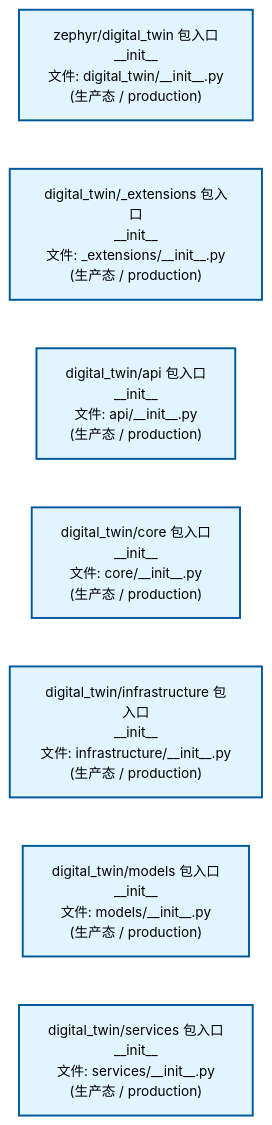
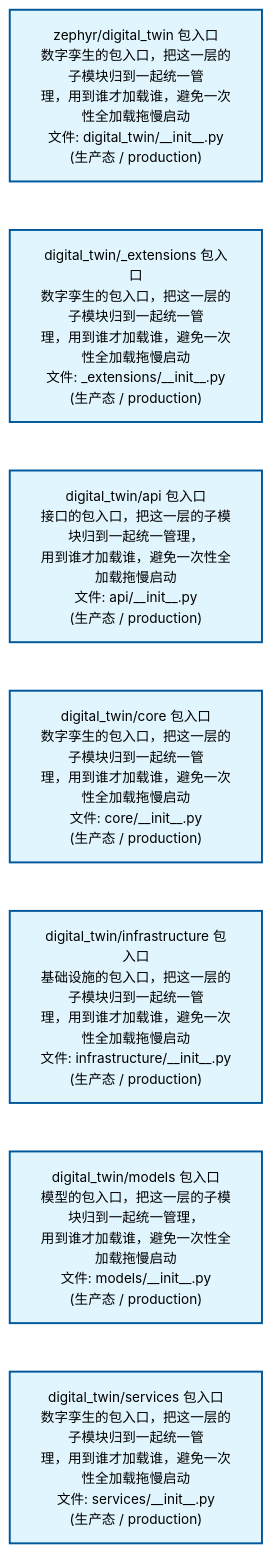
One commit to xuanFelixVan/ZephyrAlpha changed the second of 2 diagrams in docs/02_enterprise_architecture/02_domain_architecture_docs/42_d_digital_twin.md. Above: the diagram before and after it, drawn with Mermaid. The commit also changed other lines of this file and 63 other files, not shown here.

````diff
--- a/docs/02_enterprise_architecture/02_domain_architecture_docs/42_d_digital_twin.md
+++ b/docs/02_enterprise_architecture/02_domain_architecture_docs/42_d_digital_twin.md
@@ -80,22 +80,22 @@
 ```mermaid
 %%{init: {'theme': 'base', 'themeVariables': {'primaryColor': '#eaeaea', 'primaryTextColor': '#333333', 'primaryBorderColor': '#666666', 'lineColor': '#666666', 'secondaryColor': '#eaeaea', 'tertiaryColor': '#eaeaea', 'fontSize': '14px'}}}%%
 flowchart TD
-    src_zephyr_digital_twin_init_py["zephyr/digital_twin 包入口<br/>__init__<br/>文件: digital_twin/__init__.py<br/>(生产态 / production)"]
-    src_zephyr_digital_twin_extensions_init_py["digital_twin/_extensions 包入口<br/>__init__<br/>文件: _extensions/__init__.py<br/>(生产态 / production)"]
-    src_zephyr_digital_twin_api_init_py["digital_twin/api 包入口<br/>__init__<br/>文件: api/__init__.py<br/>(生产态 / production)"]
-    src_zephyr_digital_twin_core_init_py["digital_twin/core 包入口<br/>__init__<br/>文件: core/__init__.py<br/>(生产态 / production)"]
-    src_zephyr_digital_twin_infrastructure_init_py["digital_twin/infrastructure 包入口<br/>__init__<br/>文件: infrastructure/__init__.py<br/>(生产态 / production)"]
-    src_zephyr_digital_twin_models_init_py["digital_twin/models 包入口<br/>__init__<br/>文件: models/__init__.py<br/>(生产态 / production)"]
-    src_zephyr_digital_twin_services_init_py["digital_twin/services 包入口<br/>__init__<br/>文件: services/__init__.py<br/>(生产态 / production)"]
+    src_zephyr_digital_twin_init_py["zephyr/digital_twin 包入口<br/>数字孪生的包入口，把这一层的子模块归到一起统一管<br/>理，用到谁才加载谁，避免一次性全加载拖慢启动<br/>文件: digital_twin/__init__.py<br/>(生产态 / production)"]
+    src_zephyr_digital_twin_extensions_init_py["digital_twin/_extensions 包入口<br/>数字孪生的包入口，把这一层的子模块归到一起统一管<br/>理，用到谁才加载谁，避免一次性全加载拖慢启动<br/>文件: _extensions/__init__.py<br/>(生产态 / production)"]
+    src_zephyr_digital_twin_api_init_py["digital_twin/api 包入口<br/>接口的包入口，把这一层的子模块归到一起统一管理，<br/>用到谁才加载谁，避免一次性全加载拖慢启动<br/>文件: api/__init__.py<br/>(生产态 / production)"]
+    src_zephyr_digital_twin_core_init_py["digital_twin/core 包入口<br/>数字孪生的包入口，把这一层的子模块归到一起统一管<br/>理，用到谁才加载谁，避免一次性全加载拖慢启动<br/>文件: core/__init__.py<br/>(生产态 / production)"]
+    src_zephyr_digital_twin_infrastructure_init_py["digital_twin/infrastructure 包入口<br/>基础设施的包入口，把这一层的子模块归到一起统一管<br/>理，用到谁才加载谁，避免一次性全加载拖慢启动<br/>文件: infrastructure/__init__.py<br/>(生产态 / production)"]
+    src_zephyr_digital_twin_models_init_py["digital_twin/models 包入口<br/>模型的包入口，把这一层的子模块归到一起统一管理，<br/>用到谁才加载谁，避免一次性全加载拖慢启动<br/>文件: models/__init__.py<br/>(生产态 / production)"]
+    src_zephyr_digital_twin_services_init_py["digital_twin/services 包入口<br/>数字孪生的包入口，把这一层的子模块归到一起统一管<br/>理，用到谁才加载谁，避免一次性全加载拖慢启动<br/>文件: services/__init__.py<br/>(生产态 / production)"]
     src_zephyr_digital_twin_init_py ~~~ src_zephyr_digital_twin_extensions_init_py
     src_zephyr_digital_twin_extensions_init_py ~~~ src_zephyr_digital_twin_api_init_py
     src_zephyr_digital_twin_api_init_py ~~~ src_zephyr_digital_twin_core_init_py
     src_zephyr_digital_twin_core_init_py ~~~ src_zephyr_digital_twin_infrastructure_init_py
     src_zephyr_digital_twin_infrastructure_init_py ~~~ src_zephyr_digital_twin_models_init_py
     src_zephyr_digital_twin_models_init_py ~~~ src_zephyr_digital_twin_services_init_py
     classDef production fill:#e1f5fe,stroke:#01579b,stroke-width:2px,color:#000
     classDef design fill:#fff3e0,stroke:#e65100,stroke-width:2px,color:#000,stroke-dasharray: 5 5
     classDef external_prod fill:#e8f4fd,stroke:#0277bd,stroke-width:1px,color:#000
     classDef external_design fill:#fff8e7,stroke:#ef6c00,stroke-width:1px,color:#000,stroke-dasharray: 5 5
     class src_zephyr_digital_twin_init_py,src_zephyr_digital_twin_extensions_init_py,src_zephyr_digital_twin_api_init_py,src_zephyr_digital_twin_core_init_py,src_zephyr_digital_twin_infrastructure_init_py,src_zephyr_digital_twin_models_init_py,src_zephyr_digital_twin_services_init_py production
 ```
````
